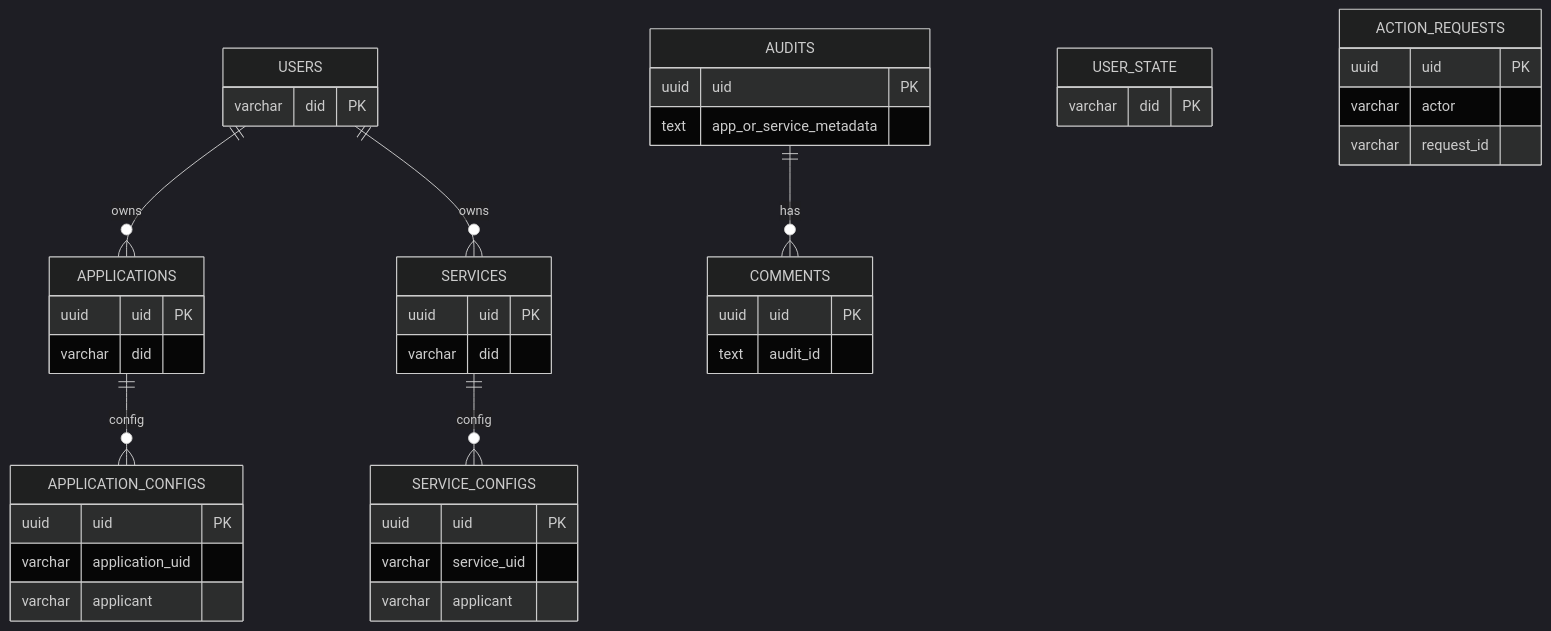
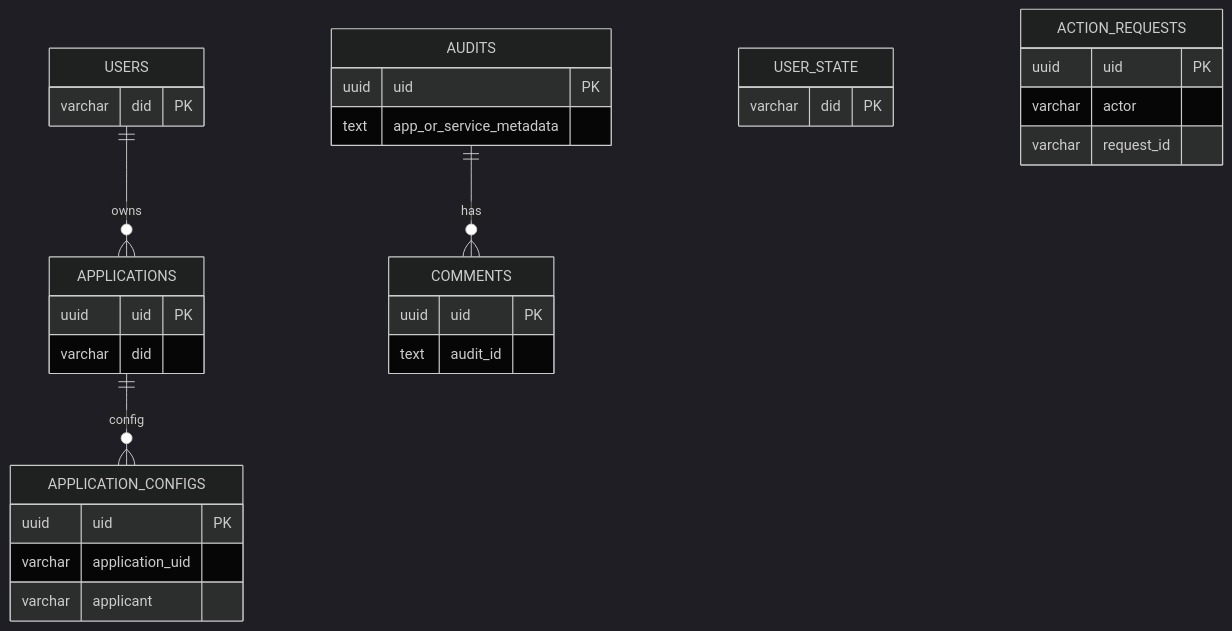
Before and after one commit to yeying-community/node: the diagram in docs/数据结构.md, drawn with Mermaid (dark theme). The commit also changed other lines of this file and 38 other files, not shown here.

````diff
--- a/docs/数据结构.md
+++ b/docs/数据结构.md
@@ -8,46 +8,35 @@
 ```mermaid
 erDiagram
   USERS ||--o{ APPLICATIONS : owns
-  USERS ||--o{ SERVICES : owns
   AUDITS ||--o{ COMMENTS : has
-  SERVICES ||--o{ SERVICE_CONFIGS : config
   APPLICATIONS ||--o{ APPLICATION_CONFIGS : config
 
   USERS {
     varchar did PK
   }
   USER_STATE {
     varchar did PK
   }
   ACTION_REQUESTS {
     uuid uid PK
     varchar actor
     varchar request_id
   }
   APPLICATIONS {
     uuid uid PK
     varchar did
   }
-  SERVICES {
-    uuid uid PK
-    varchar did
-  }
-  SERVICE_CONFIGS {
-    uuid uid PK
-    varchar service_uid
-    varchar applicant
-  }
   AUDITS {
     uuid uid PK
     text app_or_service_metadata
   }
   APPLICATION_CONFIGS {
     uuid uid PK
     varchar application_uid
     varchar applicant
   }
   COMMENTS {
     uuid uid PK
     text audit_id
   }
 ```
````
